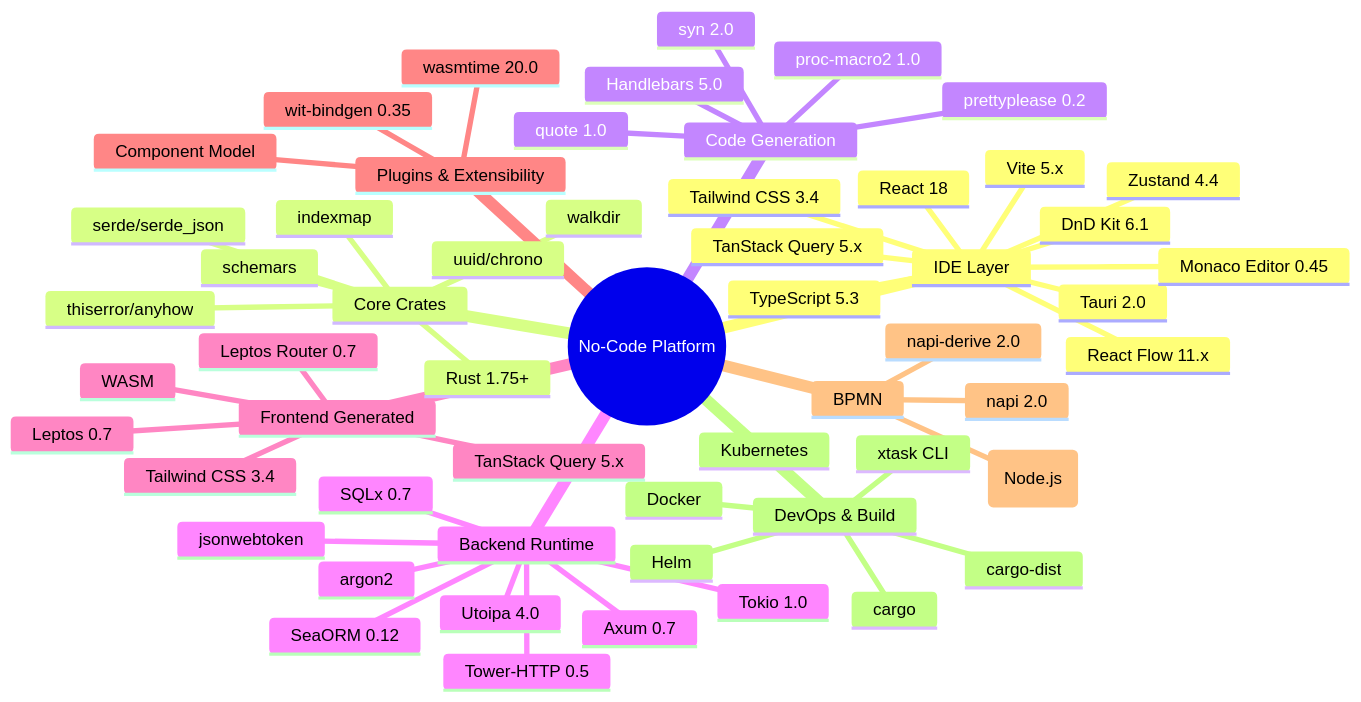
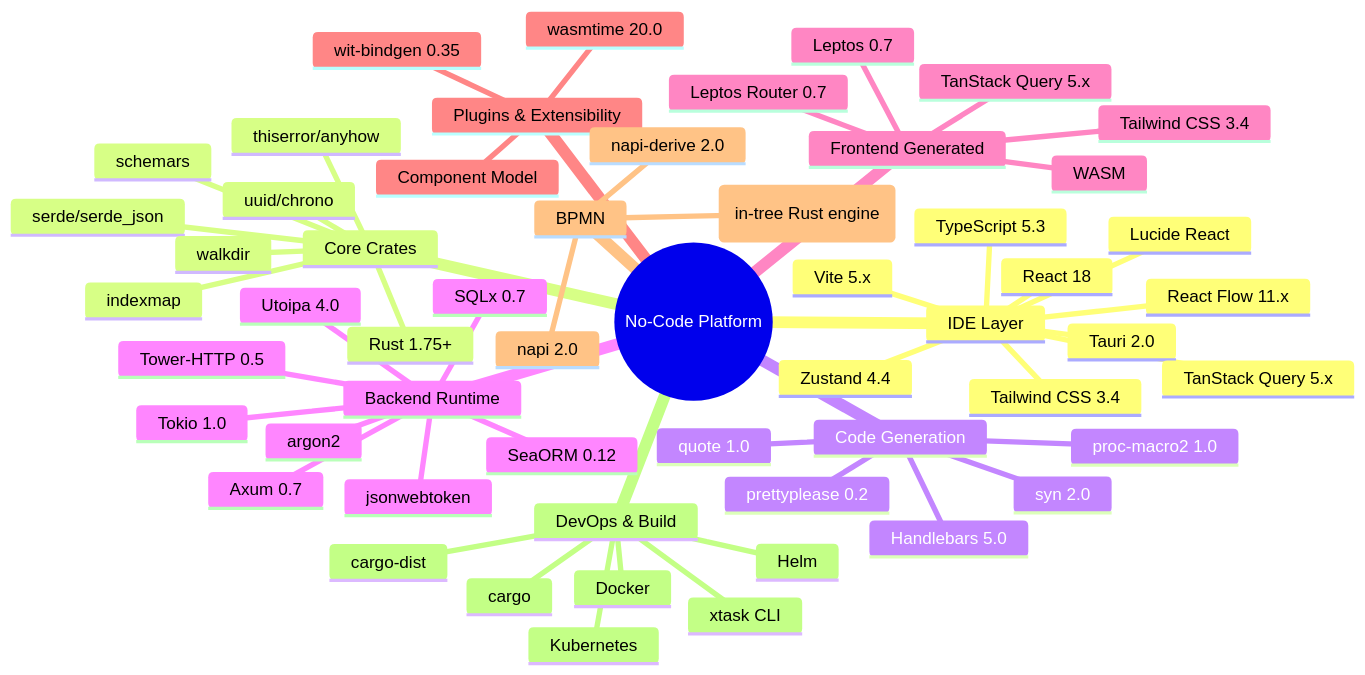
Diagram 15 of 16 in docs/System Architecture Diagrams.md (harrysuke/Bonafoid), drawn with Mermaid before and after one commit. The commit also changed other lines of this file and 16 other files, not shown here.

````diff
--- a/docs/System Architecture Diagrams.md
+++ b/docs/System Architecture Diagrams.md
@@ -786,59 +777,58 @@
 ```mermaid
 mindmap
   root((No-Code Platform))
     IDE Layer
       Tauri 2.0
       React 18
       TypeScript 5.3
       Vite 5.x
       Tailwind CSS 3.4
       Zustand 4.4
       TanStack Query 5.x
       React Flow 11.x
-      Monaco Editor 0.45
-      DnD Kit 6.1
+      Lucide React
     Core Crates
       Rust 1.75+
       serde/serde_json
       schemars
       uuid/chrono
       indexmap
       thiserror/anyhow
       walkdir
     Code Generation
       Handlebars 5.0
       quote 1.0
       syn 2.0
       proc-macro2 1.0
       prettyplease 0.2
     Backend Runtime
       Axum 0.7
       SQLx 0.7
       SeaORM 0.12
       Utoipa 4.0
       Tower-HTTP 0.5
       Tokio 1.0
       jsonwebtoken
       argon2
     Frontend Generated
       Leptos 0.7
       Leptos Router 0.7
       TanStack Query 5.x
       Tailwind CSS 3.4
       WASM
     Plugins & Extensibility
       wasmtime 20.0
       wit-bindgen 0.35
       Component Model
     BPMN
-      bpmn-server (Node.js)
+      nocode-bpmn (in-tree Rust engine)
       napi 2.0
       napi-derive 2.0
     DevOps & Build
       cargo
       cargo-dist
       Docker
       Kubernetes
       Helm
       xtask CLI
 ```
````
